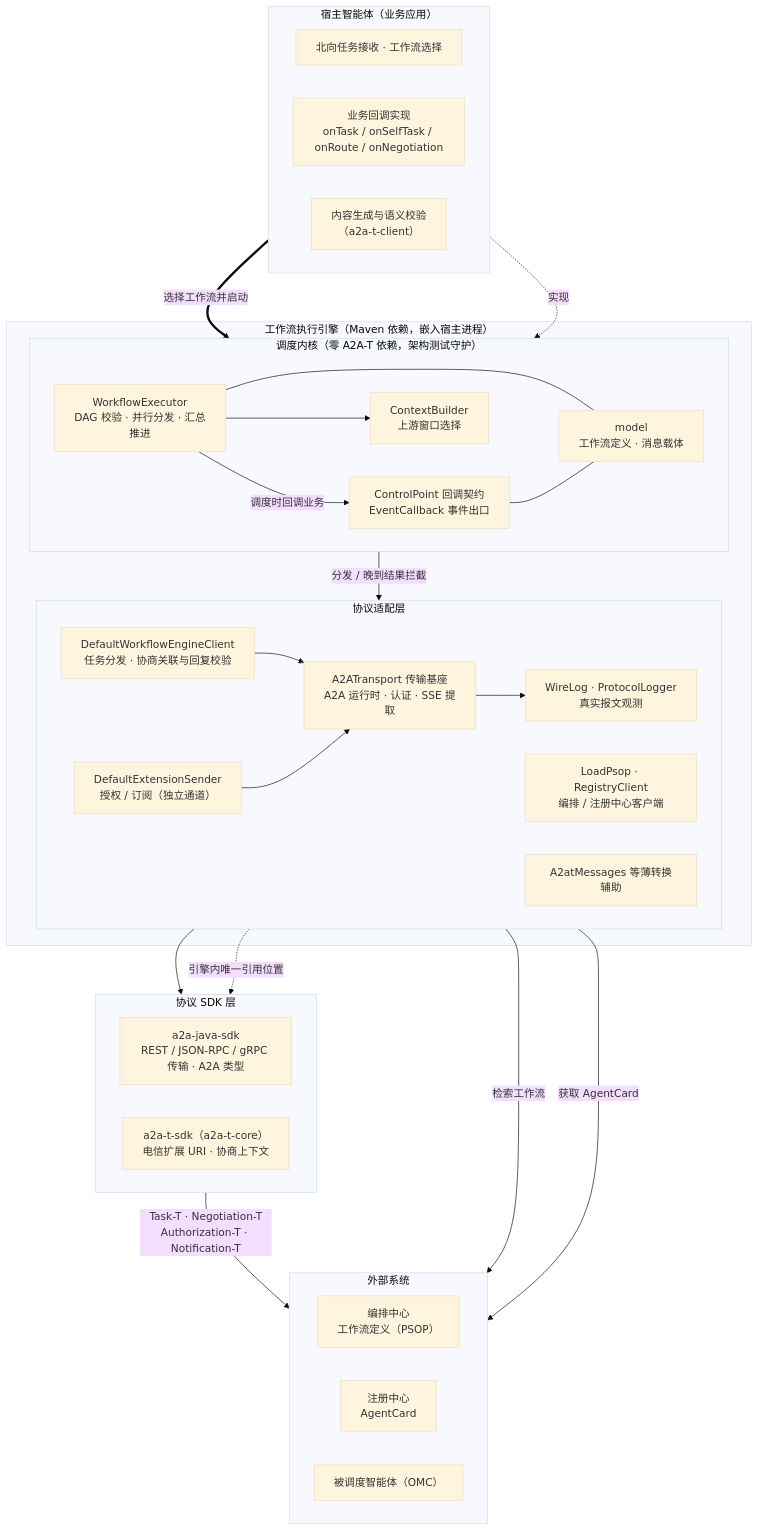
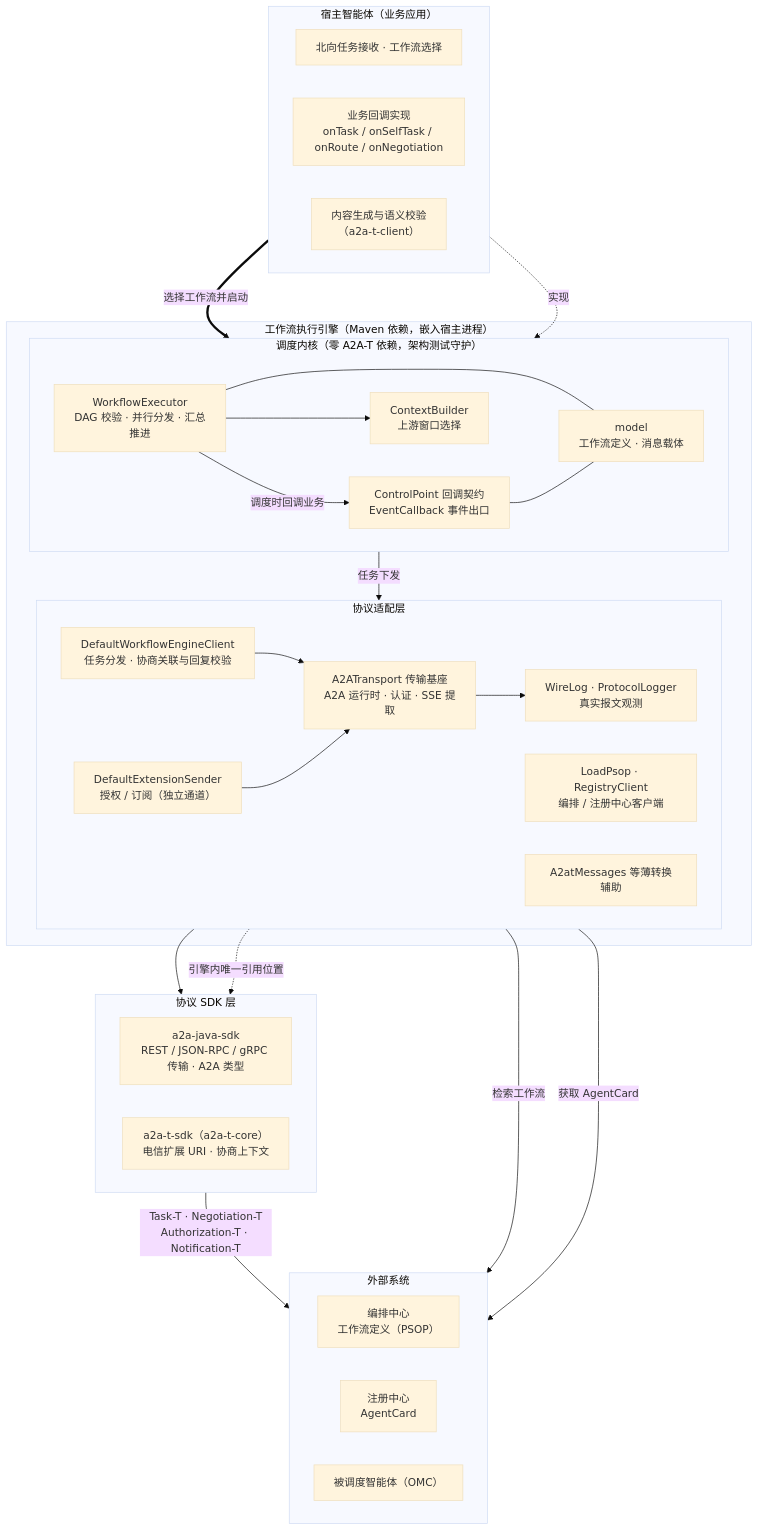
Before and after one commit to Zhoujie628/workflow-engine-sdk-java: the third of 5 diagrams in docs/zh/DESIGN.md, drawn with Mermaid (base theme). The commit also changed other lines of this file and 1 other file, not shown here.

````diff
--- a/docs/zh/DESIGN.md
+++ b/docs/zh/DESIGN.md
@@ -120,57 +120,57 @@
 ```mermaid
 flowchart TB
     subgraph HOST["宿主智能体（业务应用）"]
         direction LR
         WB["北向任务接收 · 工作流选择"]
         BIZ["业务回调实现<br/>onTask / onSelfTask / onRoute / onNegotiation"]
         GEN["内容生成与语义校验<br/>（a2a-t-client）"]
     end
 
     subgraph ENGINE["工作流执行引擎（Maven 依赖，嵌入宿主进程）"]
         subgraph KERNEL["调度内核（零 A2A-T 依赖，架构测试守护）"]
             direction LR
             EXE["WorkflowExecutor<br/>DAG 校验 · 并行分发 · 汇总推进"]
             CTXB["ContextBuilder<br/>上游窗口选择"]
             CP["ControlPoint 回调契约<br/>EventCallback 事件出口"]
             MODEL["model<br/>工作流定义 · 消息载体"]
         end
         subgraph ADAPTER["协议适配层"]
             direction LR
             WEC["DefaultWorkflowEngineClient<br/>任务分发 · 协商关联与回复校验"]
             EXT["DefaultExtensionSender<br/>授权 / 订阅（独立通道）"]
             TRANS["A2ATransport 传输基座<br/>A2A 运行时 · 认证 · SSE 提取"]
             OBSV["WireLog · ProtocolLogger<br/>真实报文观测"]
             REGC["LoadPsop · RegistryClient<br/>编排 / 注册中心客户端"]
             MSG["A2atMessages 等薄转换辅助"]
         end
     end
 
     subgraph SDK["协议 SDK 层"]
         direction LR
         A2AJ["a2a-java-sdk<br/>REST / JSON-RPC / gRPC 传输 · A2A 类型"]
         A2ATC["a2a-t-sdk（a2a-t-core）<br/>电信扩展 URI · 协商上下文"]
     end
 
     subgraph SYS["外部系统"]
         direction LR
         ORCH["编排中心<br/>工作流定义（PSOP）"]
         REGT["注册中心<br/>AgentCard"]
         OMC["被调度智能体（OMC）"]
     end
 
     WB ==>|"选择工作流并启动"| EXE
     BIZ -.->|"实现"| CP
     EXE -->|"调度时回调业务"| CP
     EXE --- MODEL
     CP --- MODEL
     EXE --> CTXB
-    EXE -->|"分发 / 晚到结果拦截"| WEC
+    EXE -->|"任务下发"| WEC
     WEC --> TRANS
     EXT --> TRANS
     TRANS --> OBSV
     TRANS --> A2AJ
     MSG -.->|"引擎内唯一引用位置"| A2ATC
     A2AJ -->|"Task-T · Negotiation-T<br/>Authorization-T · Notification-T"| OMC
     REGC -->|"检索工作流"| ORCH
     REGC -->|"获取 AgentCard"| REGT
 ```
````
